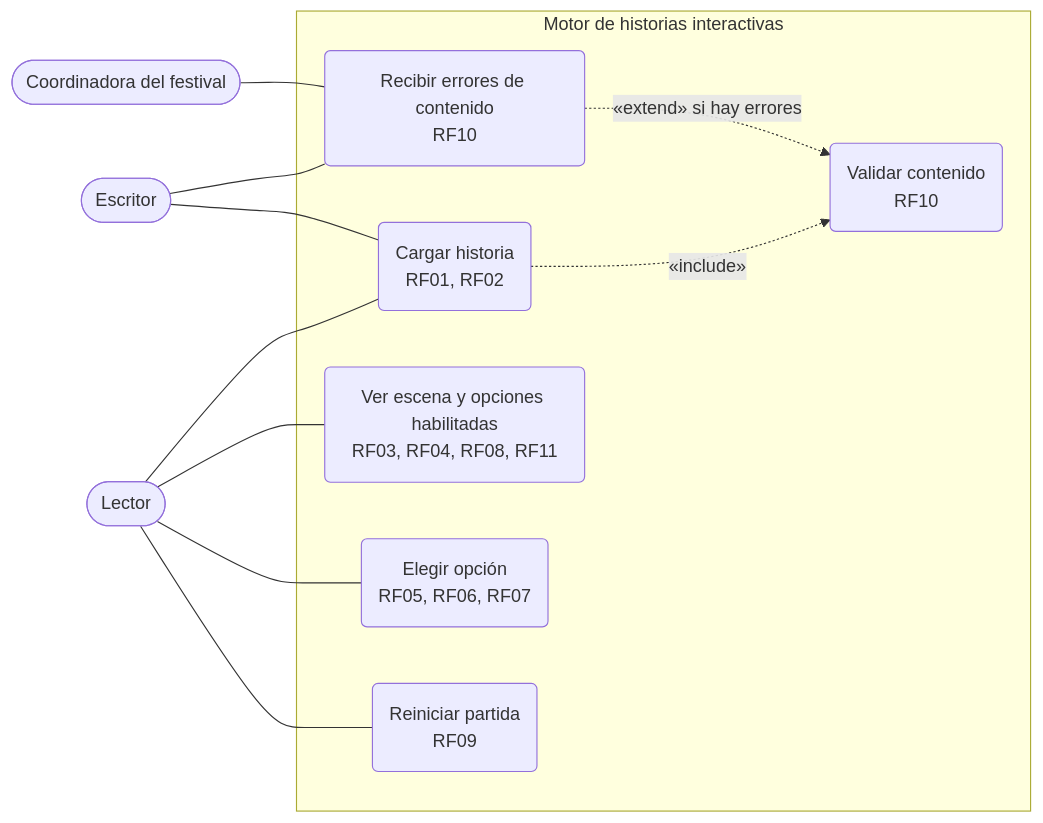
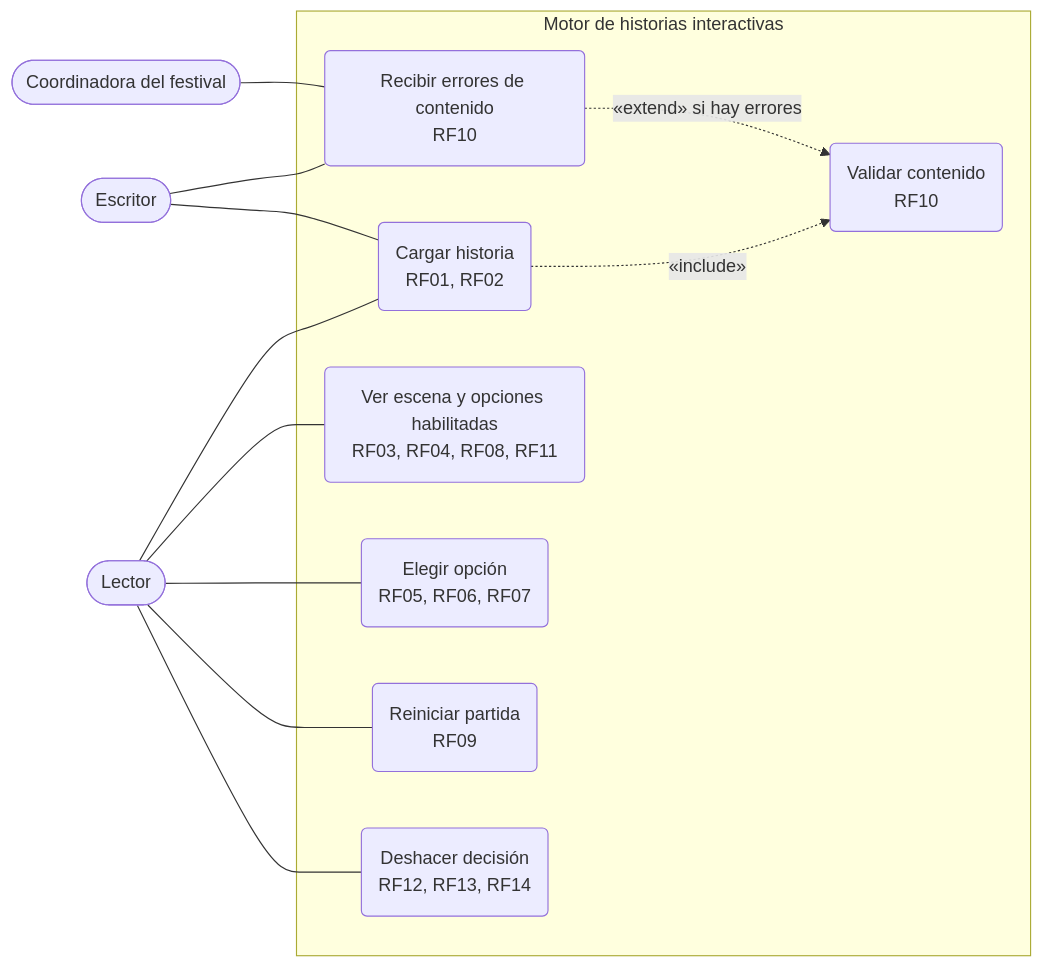
Before and after one commit to KevinUtb/Parcial_2_Ing: the diagram in docs/modelos/02_casos_de_uso.mmd, drawn with Mermaid. The commit also changed 7 other files, not shown here.

```diff
--- a/docs/modelos/02_casos_de_uso.mmd
+++ b/docs/modelos/02_casos_de_uso.mmd
@@ -1,26 +1,28 @@
-%% Casos de uso (Unidad 5), con los RF de docs/requisitos.md.
+%% Casos de uso (Unidad 5), con los RF de docs/requisitos.md. Actualizado con SC01 (RF12 a RF14).
 %% Mermaid no tiene diagrama de casos de uso nativo: se modela con flowchart.
 flowchart LR
     Lector(["Lector"])
     Escritor(["Escritor"])
     Coord(["Coordinadora del festival"])
 
     subgraph Sistema["Motor de historias interactivas"]
         UC1("Cargar historia<br/>RF01, RF02")
         UC2("Validar contenido<br/>RF10")
         UC3("Recibir errores de contenido<br/>RF10")
         UC4("Ver escena y opciones habilitadas<br/>RF03, RF04, RF08, RF11")
         UC5("Elegir opción<br/>RF05, RF06, RF07")
         UC6("Reiniciar partida<br/>RF09")
+        UC7("Deshacer decisión<br/>RF12, RF13, RF14")
     end
 
     Lector --- UC1
     Escritor --- UC1
     Escritor --- UC3
     Coord --- UC3
     Lector --- UC4
     Lector --- UC5
     Lector --- UC6
+    Lector --- UC7
 
     UC1 -. "«include»" .-> UC2
     UC3 -. "«extend» si hay errores" .-> UC2
```
